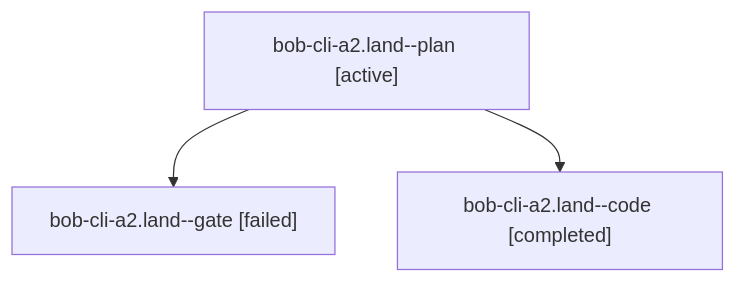
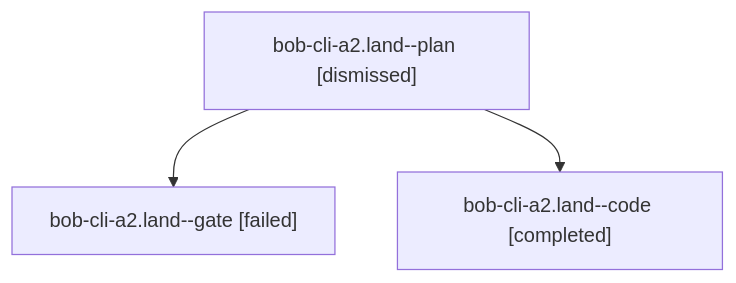
The diagram in sessions/bbugyi200.athena.bob-cli-a2.land.md (bobs-org/bob-cli--agents), drawn with Mermaid before and after one commit. The commit also changed other lines of this file and 73 other files, not shown here.

````diff
--- a/sessions/bbugyi200.athena.bob-cli-a2.land.md
+++ b/sessions/bbugyi200.athena.bob-cli-a2.land.md
@@ -9,8 +9,8 @@
 ```mermaid
 flowchart TD
-  n0["bob-cli-a2.land--plan [active]"]
+  n0["bob-cli-a2.land--plan [dismissed]"]
   n1["bob-cli-a2.land--gate [failed]"]
   n0 --> n1
   n2["bob-cli-a2.land--code [completed]"]
   n0 --> n2
 ```
````
